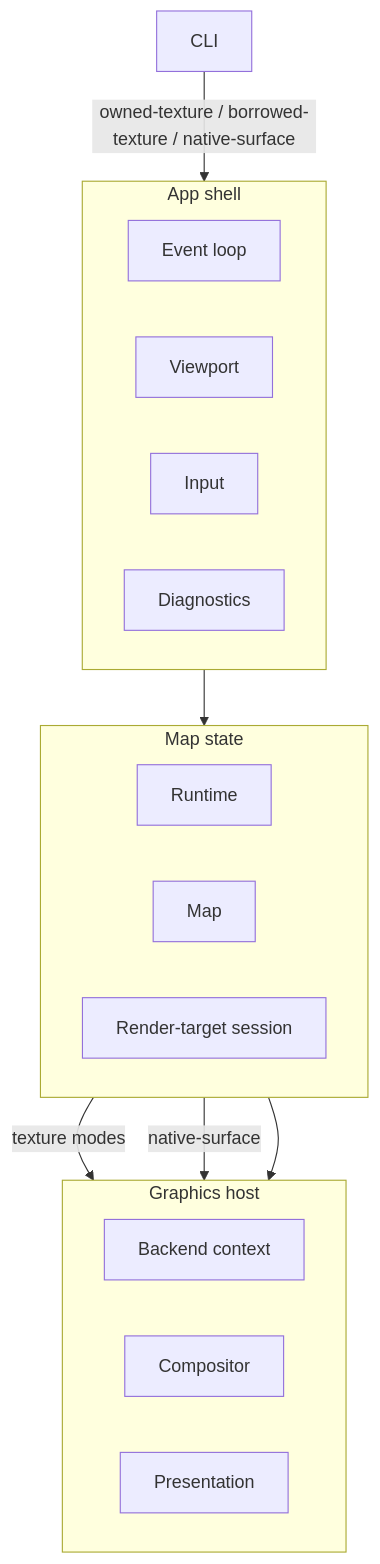
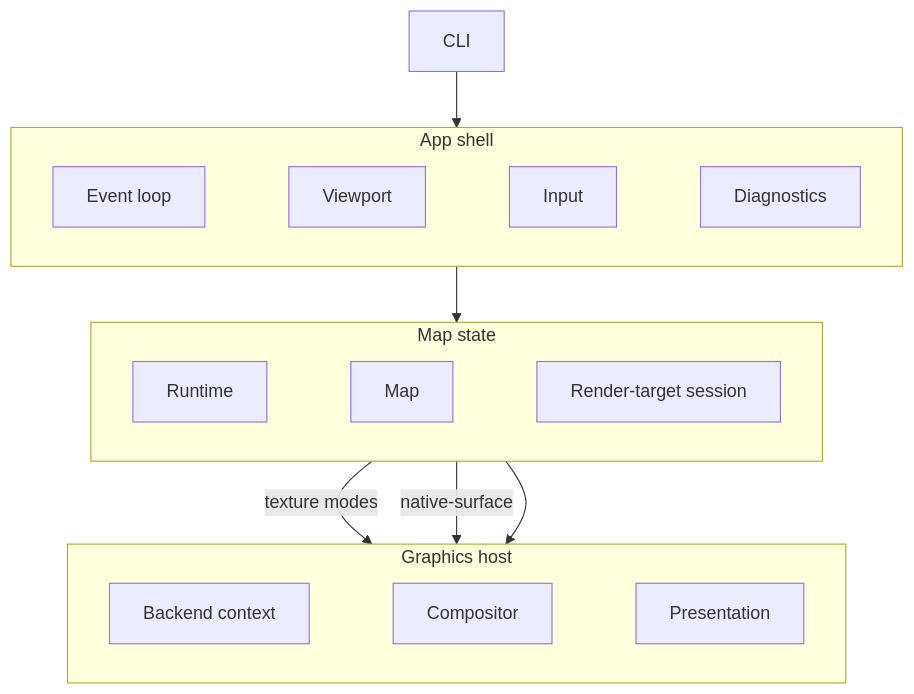
Before and after one commit to maplibre/maplibre-native-ffi: the first of 3 diagrams in docs/src/content/docs/development/specifications/map-example.md, drawn with Mermaid.

Commit message:
docs(spec): horizontal subgraph layout via invisible links; drop CLI label

````diff
--- a/docs/src/content/docs/development/specifications/map-example.md
+++ b/docs/src/content/docs/development/specifications/map-example.md
@@ -127,27 +127,20 @@
 ```mermaid
 flowchart TB
   subgraph shell["App shell"]
     direction LR
-    EL[Event loop]
-    VP[Viewport]
-    IN[Input]
-    DG[Diagnostics]
+    EL[Event loop] ~~~ VP[Viewport] ~~~ IN[Input] ~~~ DG[Diagnostics]
   end
   subgraph mapstate["Map state"]
     direction LR
-    RT[Runtime]
-    MP[Map]
-    RS[Render-target session]
+    RT[Runtime] ~~~ MP[Map] ~~~ RS[Render-target session]
   end
   subgraph gfx["Graphics host"]
     direction LR
-    BE[Backend context]
-    CP[Compositor]
-    SC[Presentation]
+    BE[Backend context] ~~~ CP[Compositor] ~~~ SC[Presentation]
   end
-  CLI -->|"owned-texture / borrowed-texture / native-surface"| shell
+  CLI --> shell
   shell --> mapstate
   mapstate --> gfx
   RS -->|texture modes| CP
   RS -->|native-surface| SC
 ```
````
